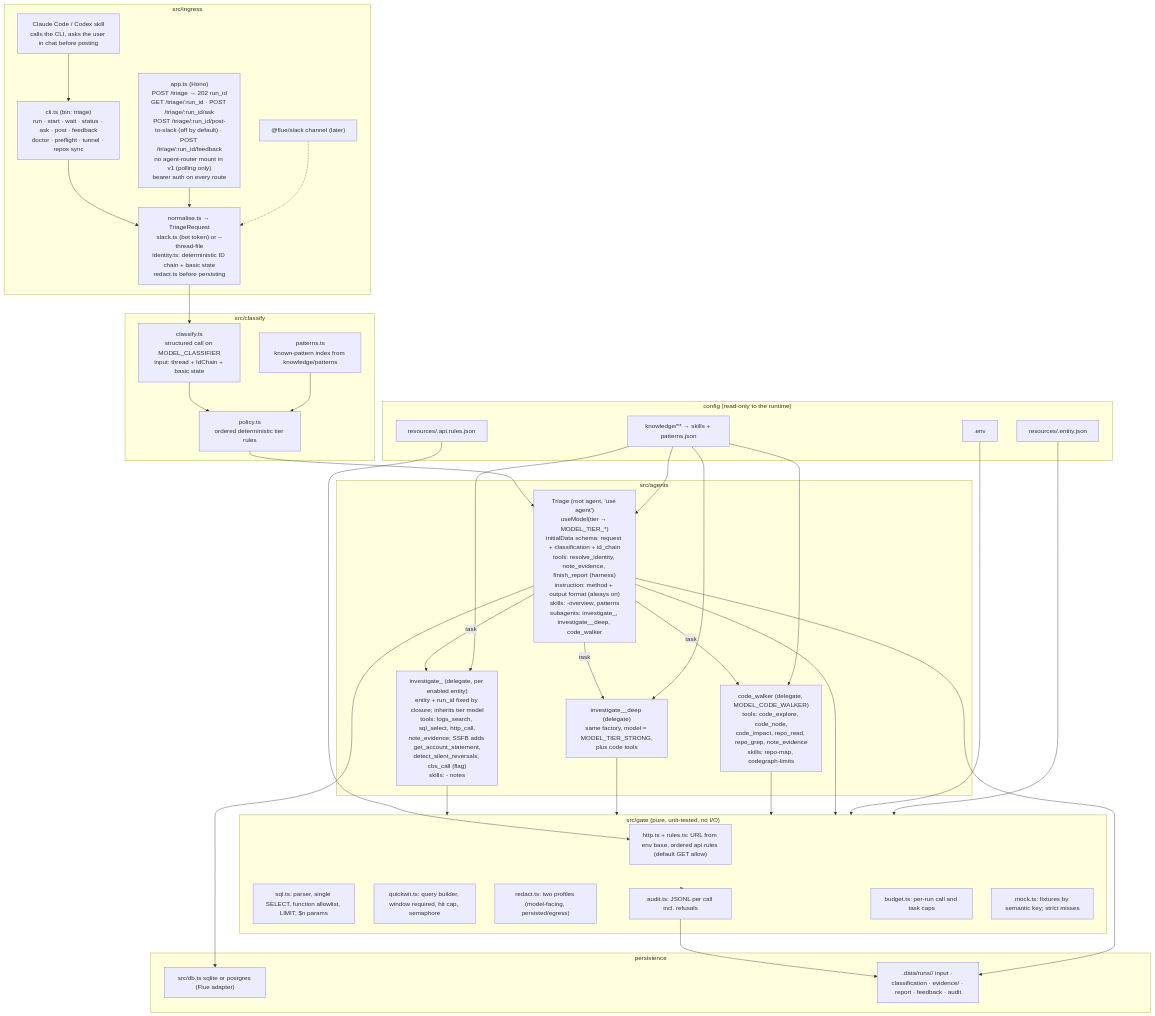
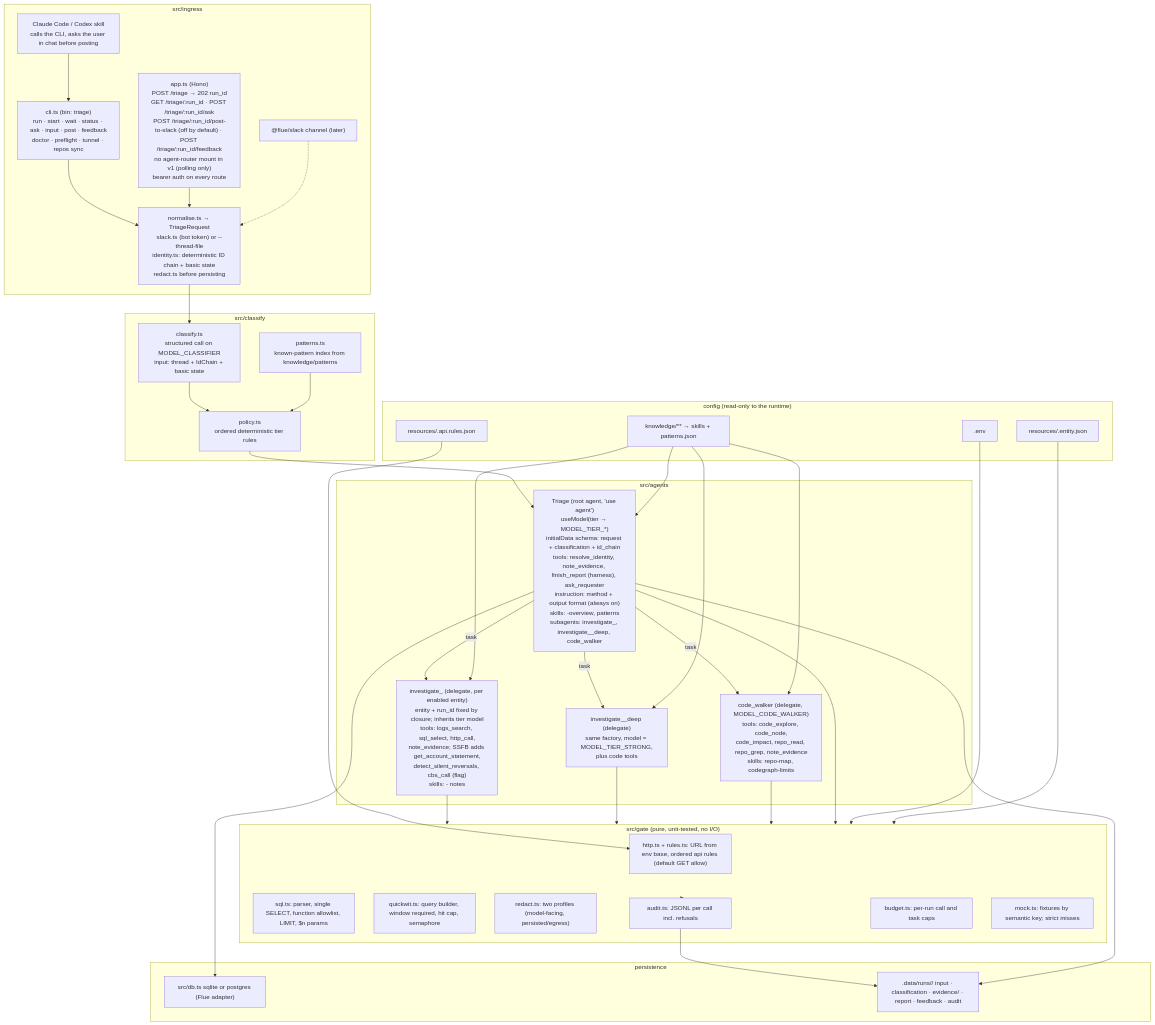
The diagram in docs/02-hld-detailed.md (varun-aspora/triage-app), drawn with Mermaid before and after one commit. The commit also changed other lines of this file and 6 other files, not shown here.

First line of the commit message:
docs: D52 mid-run input, P6 decided, CLI and scope updates

````diff
--- a/docs/02-hld-detailed.md
+++ b/docs/02-hld-detailed.md
@@ -5,64 +5,64 @@
 ```mermaid
 flowchart TB
     subgraph Ingress["src/ingress"]
-        CLI["cli.ts (bin: triage)<br/>run · start · wait · status · ask · post · feedback<br/>doctor · preflight · tunnel · repos sync"]
+        CLI["cli.ts (bin: triage)<br/>run · start · wait · status · ask · input · post · feedback<br/>doctor · preflight · tunnel · repos sync"]
         API["app.ts (Hono)<br/>POST /triage → 202 run_id<br/>GET /triage/:run_id · POST /triage/:run_id/ask<br/>POST /triage/:run_id/post-to-slack (off by default) · POST /triage/:run_id/feedback<br/>no agent-router mount in v1 (polling only)<br/>bearer auth on every route"]
         SKILL["Claude Code / Codex skill<br/>calls the CLI, asks the user in chat before posting"]
         SLACKCH["@flue/slack channel (later)"]
         NORM["normalise.ts → TriageRequest<br/>slack.ts (bot token) or --thread-file<br/>identity.ts: deterministic ID chain + basic state<br/>redact.ts before persisting"]
     end
 
     subgraph Classify["src/classify"]
         CLS["classify.ts<br/>structured call on MODEL_CLASSIFIER<br/>input: thread + IdChain + basic state"]
         POL["policy.ts<br/>ordered deterministic tier rules"]
         KBM["patterns.ts<br/>known-pattern index from knowledge/patterns"]
     end
 
     subgraph Agents["src/agents"]
-        TRI["Triage (root agent, 'use agent')<br/>useModel(tier → MODEL_TIER_*)<br/>initialData schema: request + classification + id_chain<br/>tools: resolve_identity, note_evidence, finish_report (harness)<br/>instruction: method + output format (always on)<br/>skills: <entity>-overview, patterns<br/>subagents: investigate_<entity>, investigate_<entity>_deep, code_walker"]
+        TRI["Triage (root agent, 'use agent')<br/>useModel(tier → MODEL_TIER_*)<br/>initialData schema: request + classification + id_chain<br/>tools: resolve_identity, note_evidence, finish_report (harness), ask_requester<br/>instruction: method + output format (always on)<br/>skills: <entity>-overview, patterns<br/>subagents: investigate_<entity>, investigate_<entity>_deep, code_walker"]
         INV["investigate_<entity> (delegate, per enabled entity)<br/>entity + run_id fixed by closure; inherits tier model<br/>tools: logs_search, sql_select, http_call,<br/>note_evidence; SSFB adds get_account_statement,<br/>detect_silent_reversals, cbs_call (flag)<br/>skills: <entity>-<service> notes"]
         DEEP["investigate_<entity>_deep (delegate)<br/>same factory, model = MODEL_TIER_STRONG,<br/>plus code tools"]
         CW["code_walker (delegate, MODEL_CODE_WALKER)<br/>tools: code_explore, code_node,<br/>code_impact, repo_read, repo_grep, note_evidence<br/>skills: repo-map, codegraph-limits"]
     end
 
     subgraph Gate["src/gate (pure, unit-tested, no I/O)"]
         G1["http.ts + rules.ts: URL from env base, ordered api rules (default GET allow)"]
         G2["sql.ts: parser, single SELECT, function allowlist, LIMIT, $n params"]
         G3["quickwit.ts: query builder, window required, hit cap, semaphore"]
         G4["redact.ts: two profiles (model-facing, persisted/egress)"]
         G5["audit.ts: JSONL per call incl. refusals"]
         G6["budget.ts: per-run call and task caps"]
         G7["mock.ts: fixtures by semantic key; strict misses"]
     end
 
     subgraph Config["config (read-only to the runtime)"]
         ENV[".env"]
         REG["resources/<entity>.entity.json"]
         ALLOW["resources/<entity>.api.rules.json"]
         KNOW["knowledge/** → skills + patterns.json"]
     end
 
     subgraph Persist["persistence"]
         DB["src/db.ts sqlite or postgres (Flue adapter)"]
         RUN[".data/runs/<run_id>/ input · classification · evidence/ · report · feedback · audit"]
     end
 
     CLI --> NORM
     API --> NORM
     SKILL --> CLI
     SLACKCH -.-> NORM
     NORM --> CLS --> POL --> TRI
     KBM --> POL
     TRI -- task --> INV
     TRI -- task --> DEEP
     TRI -- task --> CW
     INV & DEEP & CW --> Gate
     TRI --> Gate
     ENV --> Gate
     REG --> Gate
     ALLOW --> G1
     KNOW --> TRI & INV & DEEP & CW
     Gate --> G5 --> RUN
     TRI --> RUN
     TRI --> DB
 ```
````
